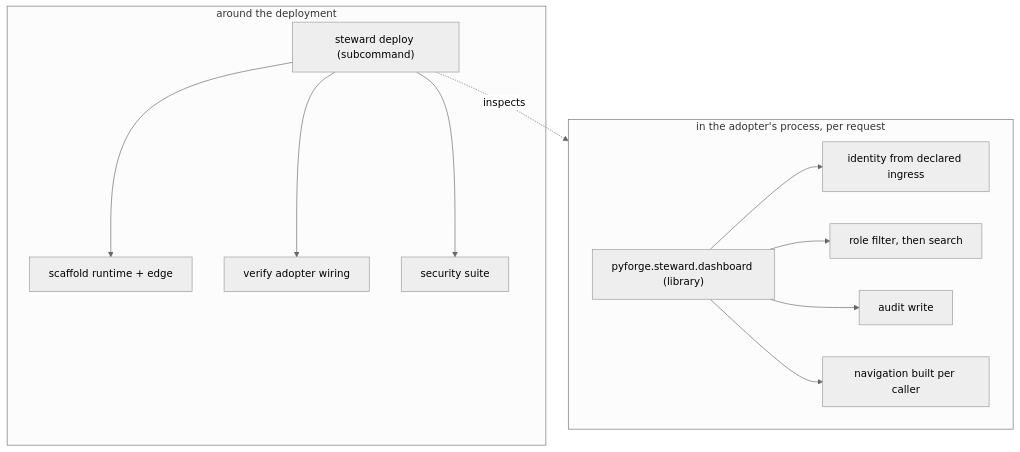
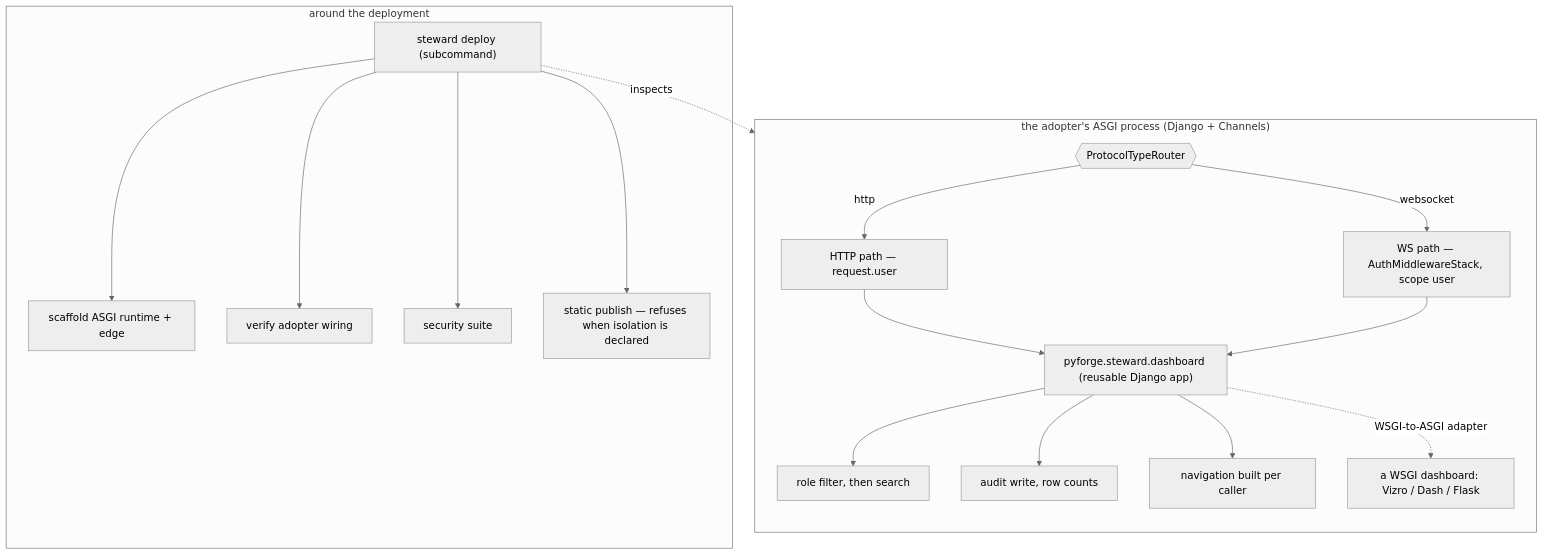
The diagram in _bmad-output/projects/pyforge-steward/planning-artifacts/architecture/architecture-secure-live-dashboards-2026-08-09/ARCHITECTURE-SPINE.md (rxm7706/local-recipes), drawn with Mermaid (neutral theme) before and after one commit. The commit also changed other lines of this file and 7 other files, not shown here.

````diff
--- a/_bmad-output/projects/pyforge-steward/planning-artifacts/architecture/architecture-secure-live-dashboards-2026-08-09/ARCHITECTURE-SPINE.md
+++ b/_bmad-output/projects/pyforge-steward/planning-artifacts/architecture/architecture-secure-live-dashboards-2026-08-09/ARCHITECTURE-SPINE.md
@@ -25,17 +28,24 @@
 ```mermaid
 flowchart TB
-  subgraph inproc["in the adopter's process, per request"]
-    L["pyforge.steward.dashboard (library)"]
-    L --> ID[identity from declared ingress]
+  subgraph asgi["the adopter's ASGI process (Django + Channels)"]
+    direction TB
+    R{{ProtocolTypeRouter}}
+    R -->|http| H["HTTP path — request.user"]
+    R -->|websocket| W["WS path — AuthMiddlewareStack, scope user"]
+    H --> L
+    W --> L
+    L["pyforge.steward.dashboard (reusable Django app)"]
     L --> RLS[role filter, then search]
-    L --> AUD[audit write]
+    L --> AUD[audit write, row counts]
     L --> NAV[navigation built per caller]
+    L -.WSGI-to-ASGI adapter.-> V[a WSGI dashboard: Vizro / Dash / Flask]
   end
   subgraph outproc["around the deployment"]
     S["steward deploy (subcommand)"]
-    S --> SC[scaffold runtime + edge]
+    S --> SC[scaffold ASGI runtime + edge]
     S --> VF[verify adopter wiring]
     S --> CI[security suite]
+    S --> ST[static publish — refuses when isolation is declared]
   end
-  S -. inspects .-> inproc
+  S -. inspects .-> asgi
 ```
````
